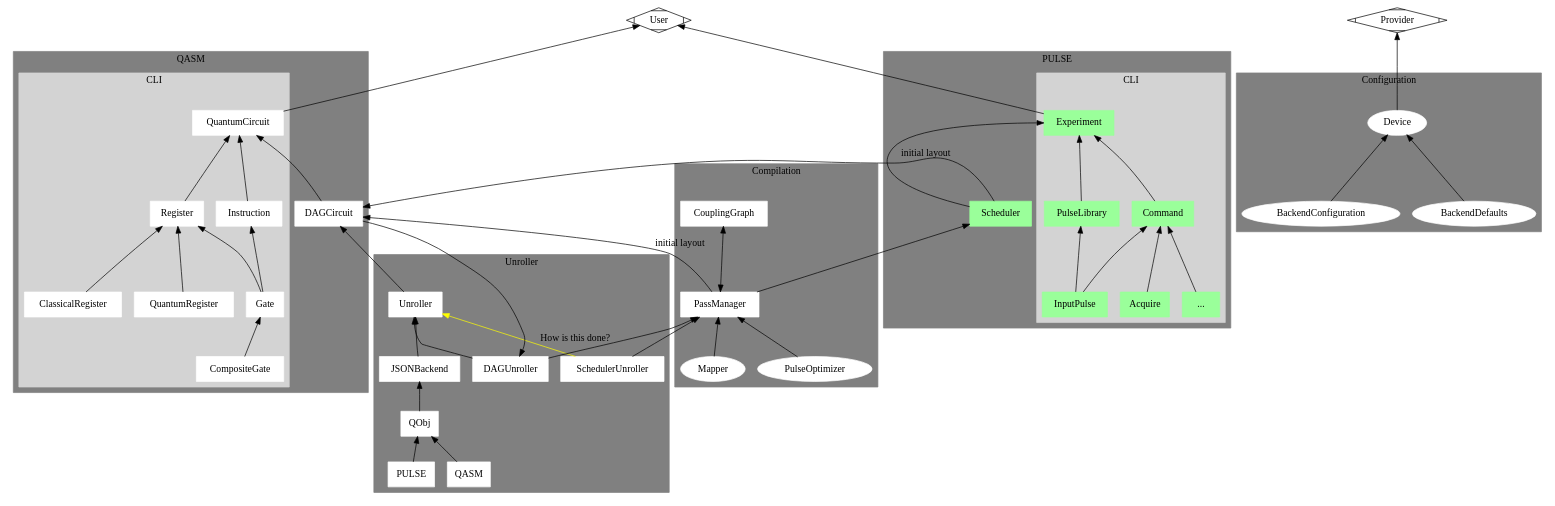
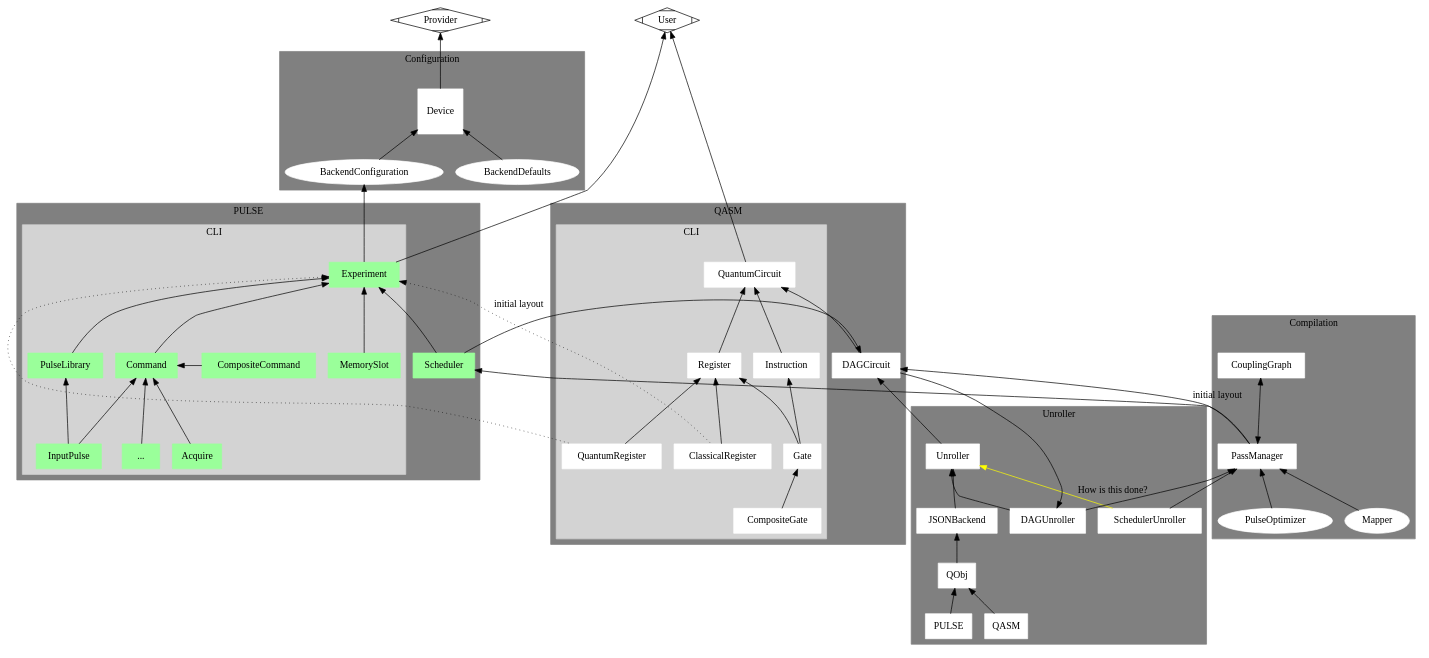
The diagram in openpulse/figs/flowcharts/outline.dot (taalexander/qiskit-terra), drawn with Graphviz before and after one commit. The commit also changed 2 other files, not shown here.

```diff
--- a/openpulse/figs/flowcharts/outline.dot
+++ b/openpulse/figs/flowcharts/outline.dot
@@ -1,120 +1,126 @@
 
 digraph Outline {
 edge [dir="back"];
 node [shape="rectangle"];
 newrank=true;
 
 
 
 subgraph cluster_QASM{
 node [style=filled,color=white];
 graph[style=dotted];
 style=filled;
 color=gray;
 label = "QASM";
 
 
 QuantumCircuit -> DAGCircuit;
 
 
 subgraph cluster_QASMCLI{
 node [style=filled,color=white];
 graph[style=dotted];
 style=filled;
 color=lightgray;
 label = "CLI";
 QuantumCircuit-> Register;
 Register -> ClassicalRegister;
 Register -> QuantumRegister ;
 QuantumCircuit -> Instruction;
 Instruction -> Gate;
 Gate -> CompositeGate;
 Register -> Gate
 }
 
 }
 
 
 
 subgraph cluster_PULSE{
 node [style=filled,color=palegreen1];
 graph[style=dotted];
 style=filled;
 color=gray;
 label="PULSE";
 subgraph cluster_PULSECLI{
 graph[style=dotted];
 style=filled;
 color=lightgray;
 label = "CLI";
 Experiment -> Command
+Experiment -> QuantumRegister [style=dotted]
+Experiment -> ClassicalRegister [style=dotted]
+Experiment -> MemorySlot
 Command -> Acquire
 Command -> InputPulse
 Command -> "..."
+Command -> CompositeCommand
+{rank=same;Command;CompositeCommand}
+#CompositeCommand -> Gate
 Experiment -> PulseLibrary
 PulseLibrary -> InputPulse
 }
 Experiment -> Scheduler
 }
 
 subgraph cluster_unroller{
 node [style=filled,color=white];
 graph[style=dotted];
 style=filled;
 color=gray;
 label="Unroller";
 
 Unroller -> JSONBackend;
 Unroller -> DAGUnroller ;
 DAGUnroller -> DAGCircuit;
 DAGCircuit-> Unroller;
 Unroller -> SchedulerUnroller [label="How is this done?",color=yellow];
 JSONBackend -> QObj;
 QObj -> PULSE;
 QObj -> QASM;
 
 }
 
 subgraph cluster_compile{
 node [style=filled,color=white,shape=ellipse];
 graph[style=dotted];
 style=filled;
 color=gray;
 label="Compilation";
 PassManager[shape=rectangle];
 PassManager -> Mapper;
 PassManager -> PulseOptimizer;
 CouplingGraph -> PassManager [dir="both"];
 CouplingGraph [shape=rectangle];
 
 }
 
 subgraph cluster_configuration{
 node [style=filled,color=white,shape=ellipse];
 graph[style=dotted];
 style=filled;
 color=gray;
 label="Configuration";
-
+Device [shape=square]
 Device->BackendConfiguration;
 Device->BackendDefaults;
 }
 
 User [shape=Mdiamond];
 User -> QuantumCircuit;
 User -> Experiment;
 Provider [shape=Mdiamond];
 Provider -> Device
 {rank=same;User;Provider}
 
 DAGCircuit -> PassManager [label="initial layout"];
 PassManager -> DAGUnroller;
 PassManager;
 DAGCircuit -> Scheduler [label="initial layout"];
 Scheduler -> PassManager
 PassManager -> SchedulerUnroller
-
+BackendConfiguration -> Experiment
 {rank=same;Experiment;QuantumCircuit}
 {rank=same;Command;Instruction}
 {rank=same;Scheduler;DAGCircuit}
 }
```
